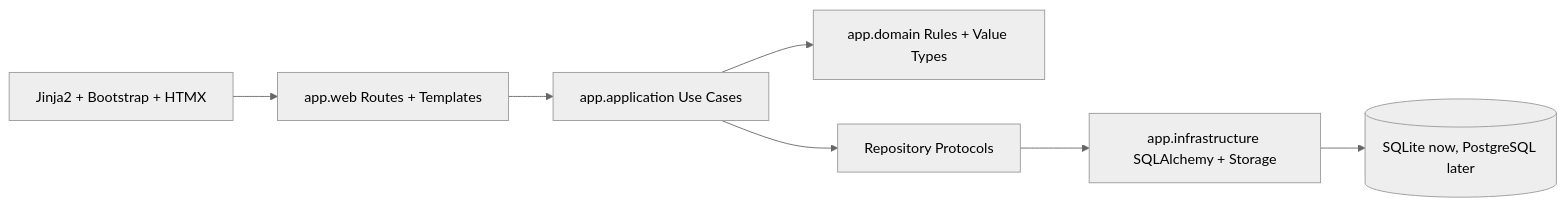
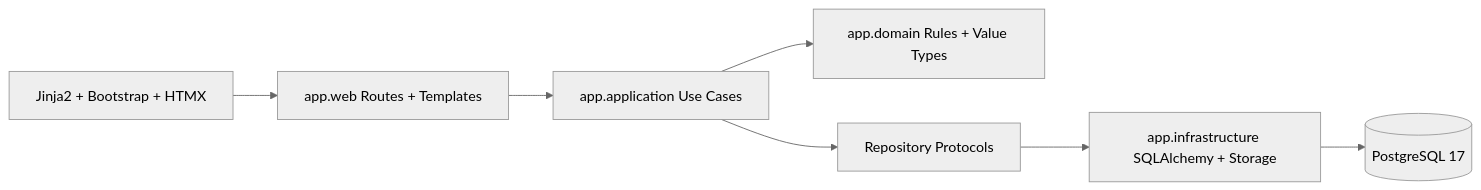
Before and after one commit to williampburch/AquaOps: the diagram in docs/architecture.md, drawn with Mermaid (neutral theme). The commit also changed other lines of this file and 38 other files, not shown here.

Commit message:
Adopt PostgreSQL as the canonical database

````diff
--- a/docs/architecture.md
+++ b/docs/architecture.md
@@ -8,17 +8,17 @@
 ```mermaid
 flowchart LR
   Browser[Jinja2 + Bootstrap + HTMX]
   Web[app.web Routes + Templates]
   Application[app.application Use Cases]
   Domain[app.domain Rules + Value Types]
   Ports[Repository Protocols]
   Infrastructure[app.infrastructure SQLAlchemy + Storage]
-  Database[(SQLite now, PostgreSQL later)]
+  Database[(PostgreSQL 17)]
 
   Browser --> Web
   Web --> Application
   Application --> Domain
   Application --> Ports
   Ports --> Infrastructure
   Infrastructure --> Database
 ```
````
